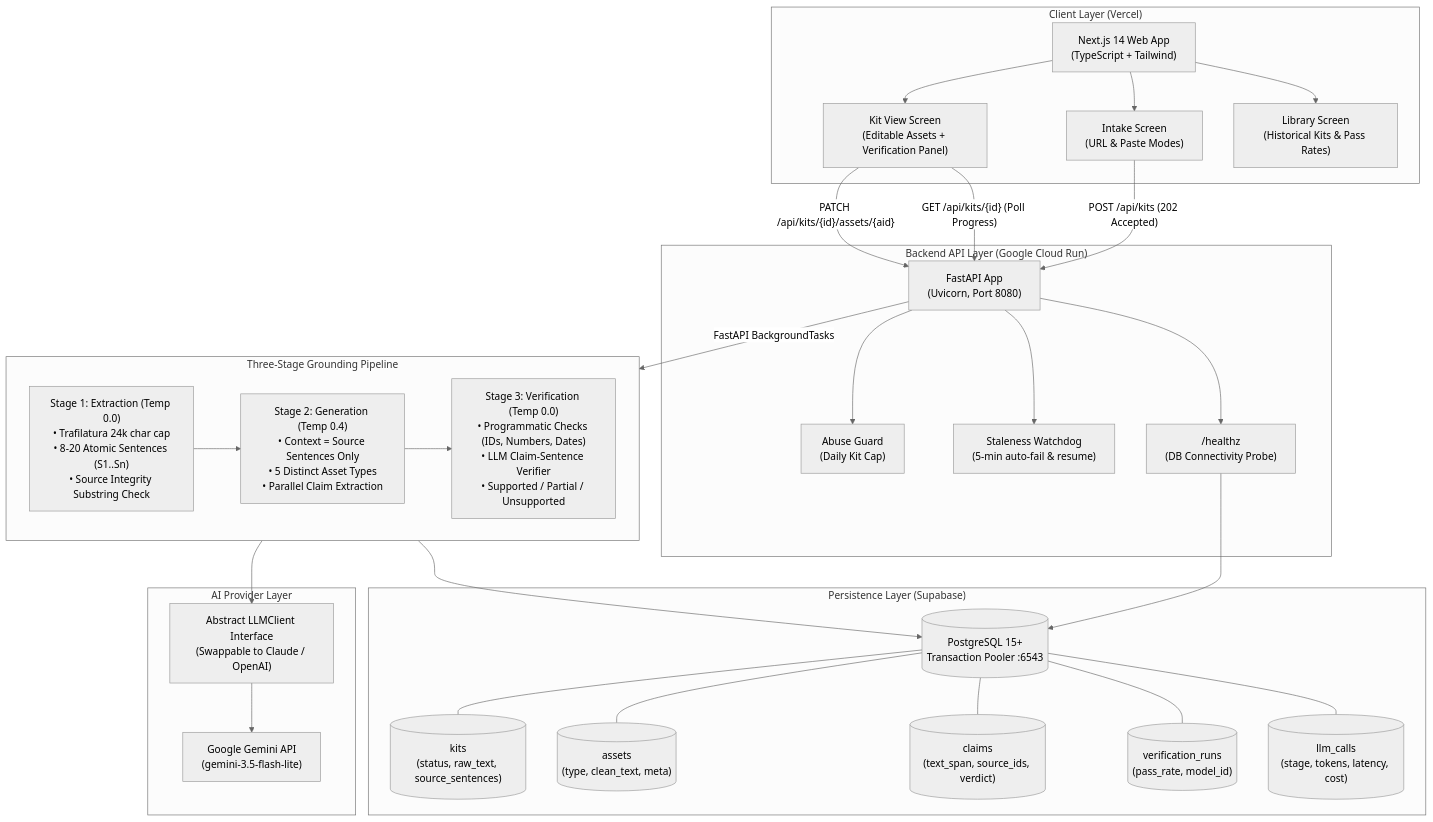
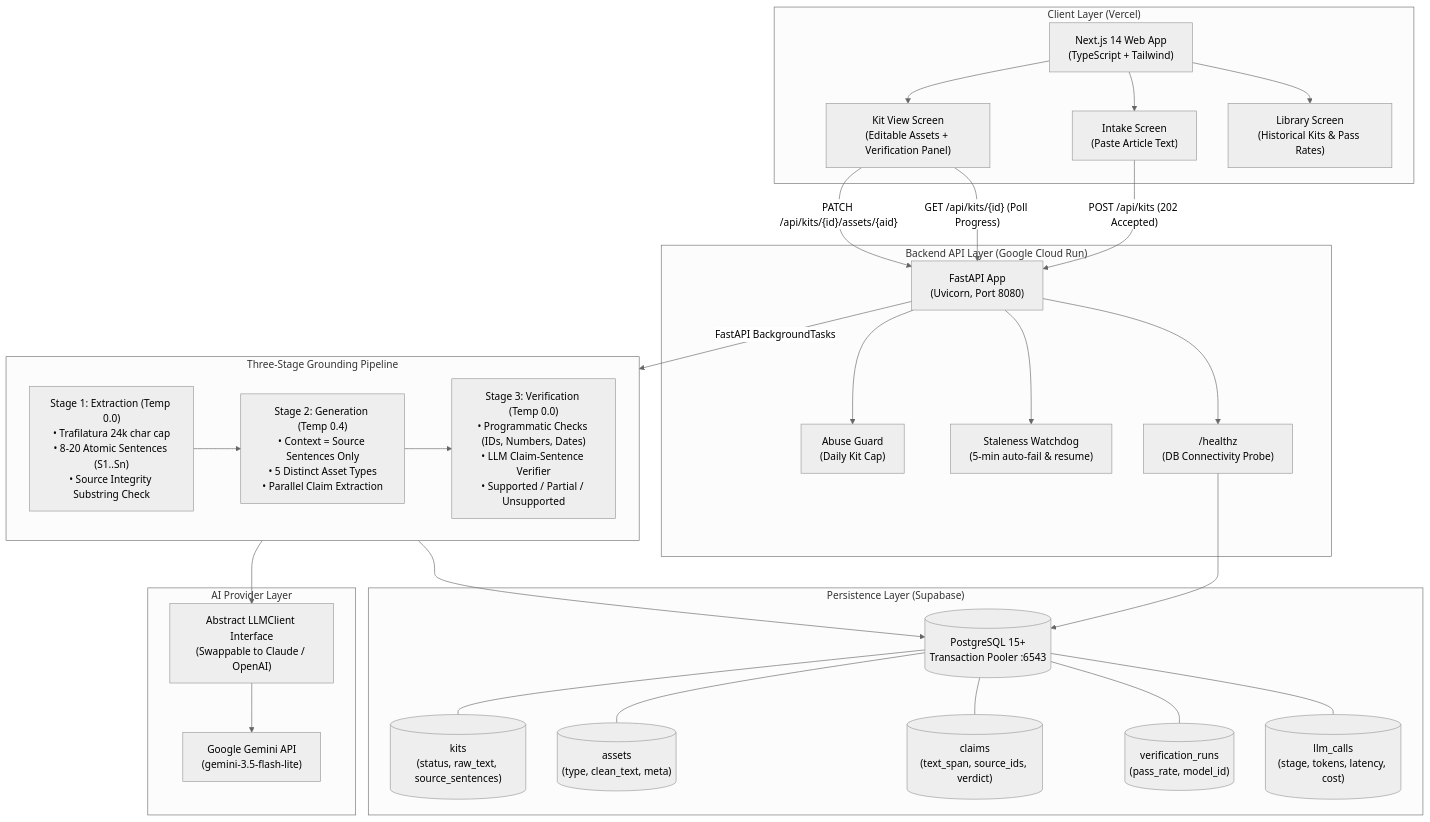
One commit to himaallu/coverage-amplifier changed the diagram in README.md. Above: the diagram before and after it, drawn with Mermaid (neutral theme). The commit also changed other lines of this file and 3 other files, not shown here.

First line of the commit message:
feat(frontend): make intake paste-only, removing the article URL option

````diff
--- a/README.md
+++ b/README.md
@@ -56,60 +56,60 @@
 ```mermaid
 flowchart TD
     subgraph Client ["Client Layer (Vercel)"]
         UI["Next.js 14 Web App\n(TypeScript + Tailwind)"]
-        IntakeUI["Intake Screen\n(URL & Paste Modes)"]
+        IntakeUI["Intake Screen\n(Paste Article Text)"]
         KitUI["Kit View Screen\n(Editable Assets + Verification Panel)"]
         LibraryUI["Library Screen\n(Historical Kits & Pass Rates)"]
         UI --> IntakeUI
         UI --> KitUI
         UI --> LibraryUI
     end
 
     subgraph Backend ["Backend API Layer (Google Cloud Run)"]
         API["FastAPI App\n(Uvicorn, Port 8080)"]
         AuthGate["Abuse Guard\n(Daily Kit Cap)"]
         Watchdog["Staleness Watchdog\n(5-min auto-fail & resume)"]
         Health["/healthz\n(DB Connectivity Probe)"]
         
         API --> AuthGate
         API --> Health
         API --> Watchdog
     end
 
     subgraph Pipeline ["Three-Stage Grounding Pipeline"]
         Stage1["Stage 1: Extraction (Temp 0.0)\n• Trafilatura 24k char cap\n• 8-20 Atomic Sentences (S1..Sn)\n• Source Integrity Substring Check"]
         Stage2["Stage 2: Generation (Temp 0.4)\n• Context = Source Sentences Only\n• 5 Distinct Asset Types\n• Parallel Claim Extraction"]
         Stage3["Stage 3: Verification (Temp 0.0)\n• Programmatic Checks (IDs, Numbers, Dates)\n• LLM Claim-Sentence Verifier\n• Supported / Partial / Unsupported"]
 
         Stage1 --> Stage2 --> Stage3
     end
 
     subgraph Persistence ["Persistence Layer (Supabase)"]
         DB[(PostgreSQL 15+\nTransaction Pooler :6543)]
         KitsTbl[("kits\n(status, raw_text, source_sentences)")]
         AssetsTbl[("assets\n(type, clean_text, meta)")]
         ClaimsTbl[("claims\n(text_span, source_ids, verdict)")]
         RunsTbl[("verification_runs\n(pass_rate, model_id)")]
         CallsTbl[("llm_calls\n(stage, tokens, latency, cost)")]
         
         DB --- KitsTbl
         DB --- AssetsTbl
         DB --- ClaimsTbl
         DB --- RunsTbl
         DB --- CallsTbl
     end
 
     subgraph AI ["AI Provider Layer"]
         Gemini["Google Gemini API\n(gemini-3.5-flash-lite)"]
         LLMClient["Abstract LLMClient Interface\n(Swappable to Claude / OpenAI)"]
     end
 
     %% Interactions
     IntakeUI -- "POST /api/kits (202 Accepted)" --> API
     KitUI -- "GET /api/kits/{id} (Poll Progress)" --> API
     KitUI -- "PATCH /api/kits/{id}/assets/{aid}" --> API
     API -- "FastAPI BackgroundTasks" --> Pipeline
     Pipeline --> LLMClient --> Gemini
     Pipeline --> DB
     Health --> DB
 ```
````
